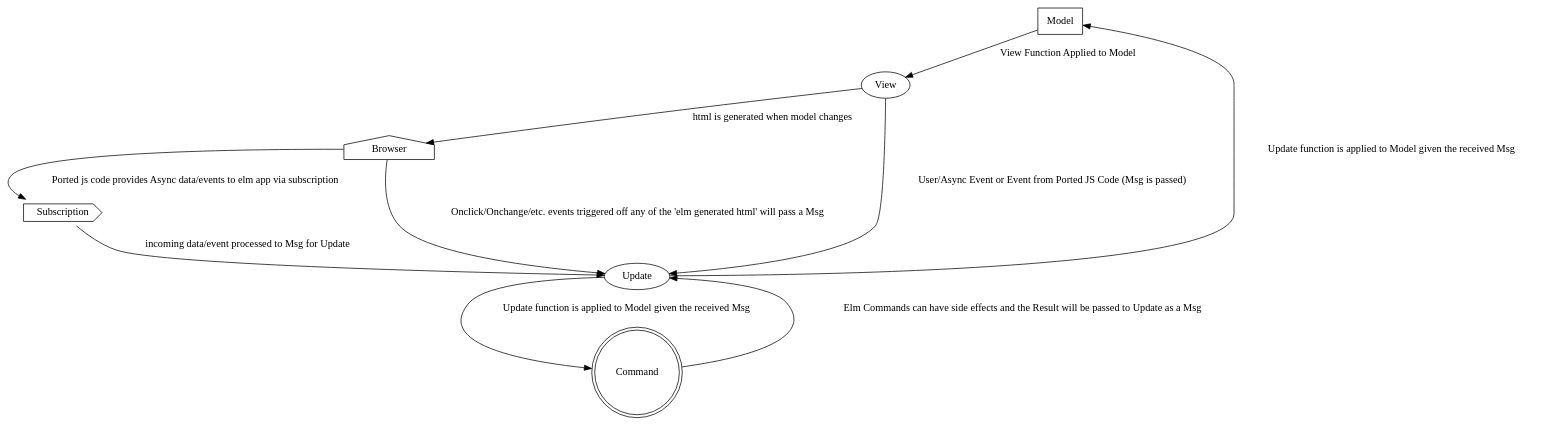
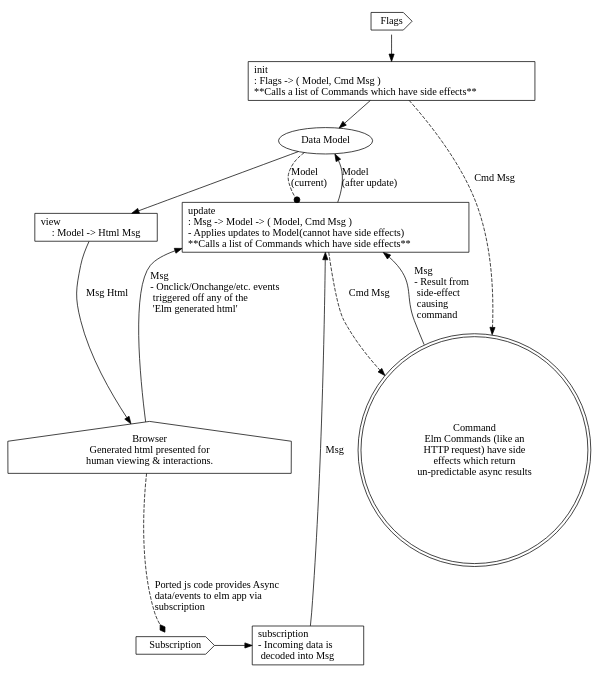
Before and after one commit to neildaemond/my-blog-diagrams: the diagram in elm/elm-architecture-overview.dot, drawn with Graphviz. The commit also changed 4 other files, not shown here.

Commit message:
V1.0 of Elm-Architecture-Overview.png completed

```diff
--- a/elm/elm-architecture-overview.dot
+++ b/elm/elm-architecture-overview.dot
@@ -1,17 +1,32 @@
 // as seen on: https://808.ninja/web-programmer/elm-architecture-overview-understanding-an-elm-program/
 digraph G {
-    Model [shape=polygon];
-    Browser [shape=house];
-    Subscription [shape=cds];
-    Command [shape=doublecircle];
-    View -> Browser [ label="html is generated when model changes" ];
-    Browser -> Update [label="Onclick/Onchange/etc. events triggered off any of the 'elm generated html' will pass a Msg"];
-    Browser -> Subscription [label="Ported js code provides Async data/events to elm app via subscription"];
-    Subscription -> Update [label="incoming data/event processed to Msg for Update"];
-    Command -> Update [label="Elm Commands can have side effects and the Result will be passed to Update as a Msg"];
-    
-    Model -> View [ label="View Function Applied to Model"];
-    View -> Update [ label="User/Async Event or Event from Ported JS Code (Msg is passed)"];
-    Update -> Model [ label="Update function is applied to Model given the received Msg"];
-    Update -> Command [ label="Update function is applied to Model given the received Msg"];
+        Model [ label="Data Model"];
+        View [shape=box label="view\l: Model -> Html Msg"]
+        Update [shape=box label="update\l: Msg -> Model -> ( Model, Cmd Msg )\l- Applies updates to Model(cannot have side effects)\l**Calls a list of Commands which have side effects**\l"];
+        Browser [shape=house label="Browser\nGenerated html presented for\nhuman viewing & interactions." margin=0 width=0 height=0]; 
+        Subscription [shape=cds];
+        Flags [shape=cds]
+        Init [shape=box label="init\l: Flags -> ( Model, Cmd Msg )\l**Calls a list of Commands which have side effects**\l"];
+        Init -> Command [ label="Cmd Msg" style=dashed];
+        Update [shape=box];
+        Command [shape=doublecircle label="Command\nElm Commands (like an\n HTTP request) have side\neffects which return\nun-predictable async results"];
+        //Command [label="Command\l- Elm Commands (formerly Tasks)\lcan have side effects and the\lResult will be passed to update\las a Msg\l"];
+        SubFn [shape=box label="subscription\l- Incoming data is\l  decoded into Msg\l"]
+
+        Flags -> Init;
+        Init -> Model;
+        Subscription -> SubFn;
+        SubFn -> Update  [ label="Msg"];
+        View -> Browser         [ label="Msg Html" ];
+        Browser -> Update       [ label="Msg\l- Onclick/Onchange/etc. events\l  triggered off any of the\l  'Elm generated html'\l" ];
+        Browser -> Subscription [ label="Ported js code provides Async\ldata/events to elm app via\lsubscription\l" style=dashed arrowhead=diamond];
+        Command -> Update       [ label="Msg\l- Result from\l  side-effect\l  causing\l  command\l"];
+                                  
+        Model -> View           [ label=""];
+        Update -> Model         [ label="Model\l(after update)\l"];
+        Update -> Command       [ label="Cmd Msg" style=dashed];
+        Model -> Update       [ label="Model\l(current)\l" style=dashed dir=both arrowhead=dot arrowtail=none];
+
+        {rank = same;  Update; View;}
+        {rank = same;  Subscription; SubFn;}
 }
```
